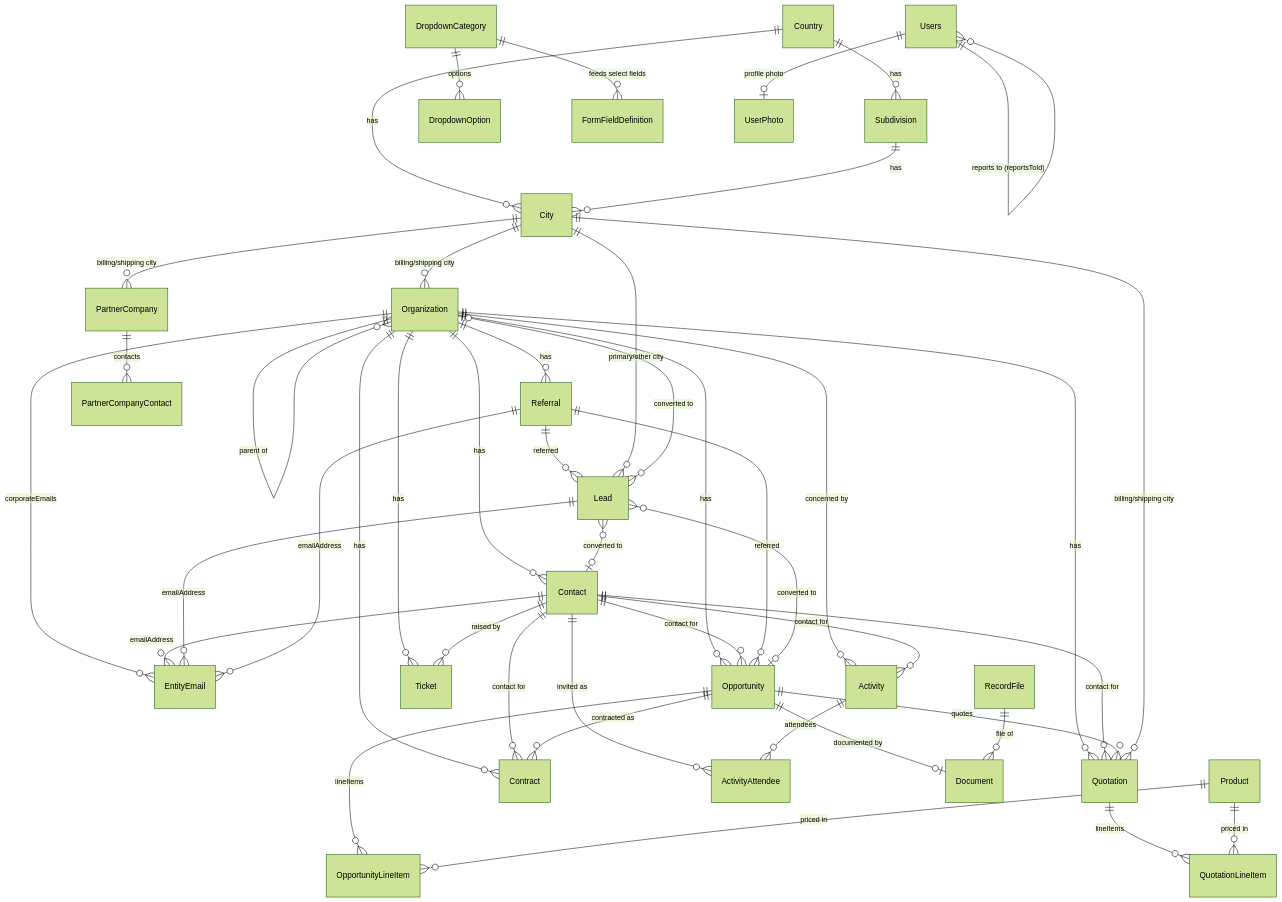
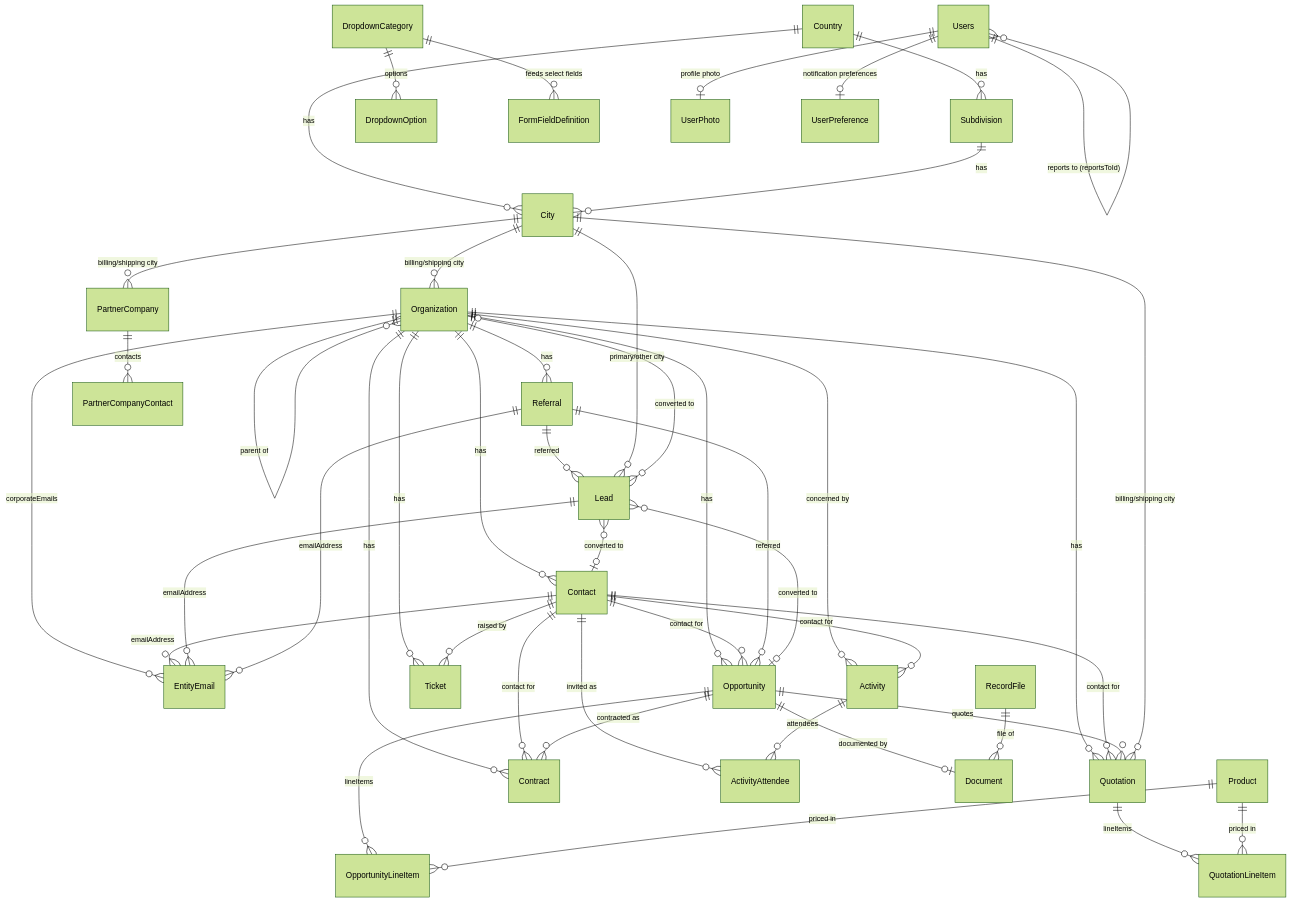
One commit to shivansh14503/nandini-crm changed the diagram in docs/database-design.md. Above: the diagram before and after it, drawn with Mermaid (forest theme). The commit also changed other lines of this file and 59 other files, not shown here.

````diff
--- a/docs/database-design.md
+++ b/docs/database-design.md
@@ -77,47 +77,48 @@
 ```mermaid
 erDiagram
     Organization ||--o{ Organization : "parent of"
     Organization ||--o{ EntityEmail : "corporateEmails"
     Organization ||--o{ Contact : has
     Organization ||--o{ Opportunity : has
     Organization ||--o{ Quotation : has
     Organization ||--o{ Ticket : has
     Organization ||--o{ Contract : has
     Organization ||--o{ Activity : "concerned by"
     Organization ||--o{ Referral : has
     Contact ||--o{ EntityEmail : emailAddress
     Contact ||--o{ Opportunity : "contact for"
     Contact ||--o{ Quotation : "contact for"
     Contact ||--o{ Ticket : "raised by"
     Contact ||--o{ Contract : "contact for"
     Contact ||--o{ Activity : "contact for"
     Contact ||--o{ ActivityAttendee : "invited as"
     Activity ||--o{ ActivityAttendee : attendees
     Lead ||--o{ EntityEmail : emailAddress
     Referral ||--o{ EntityEmail : emailAddress
     Referral ||--o{ Lead : "referred"
     Referral ||--o{ Opportunity : "referred"
     Lead }o--o| Organization : "converted to"
     Lead }o--o| Contact : "converted to"
     Lead }o--o| Opportunity : "converted to"
     Opportunity ||--o{ OpportunityLineItem : lineItems
     Opportunity ||--o{ Quotation : quotes
     Opportunity ||--o{ Contract : "contracted as"
     Opportunity ||--o| Document : "documented by"
     RecordFile ||--o{ Document : "file of"
     Quotation ||--o{ QuotationLineItem : lineItems
     Product ||--o{ OpportunityLineItem : "priced in"
     Product ||--o{ QuotationLineItem : "priced in"
     PartnerCompany ||--o{ PartnerCompanyContact : contacts
     Country ||--o{ Subdivision : has
     Country ||--o{ City : has
     Subdivision ||--o{ City : has
     City ||--o{ Organization : "billing/shipping city"
     City ||--o{ Lead : "primary/other city"
     City ||--o{ Quotation : "billing/shipping city"
     City ||--o{ PartnerCompany : "billing/shipping city"
     DropdownCategory ||--o{ DropdownOption : options
     DropdownCategory ||--o{ FormFieldDefinition : "feeds select fields"
     Users ||--o| UserPhoto : "profile photo"
+    Users ||--o| UserPreference : "notification preferences"
     Users ||--o{ Users : "reports to (reportsToId)"
 ```
````
